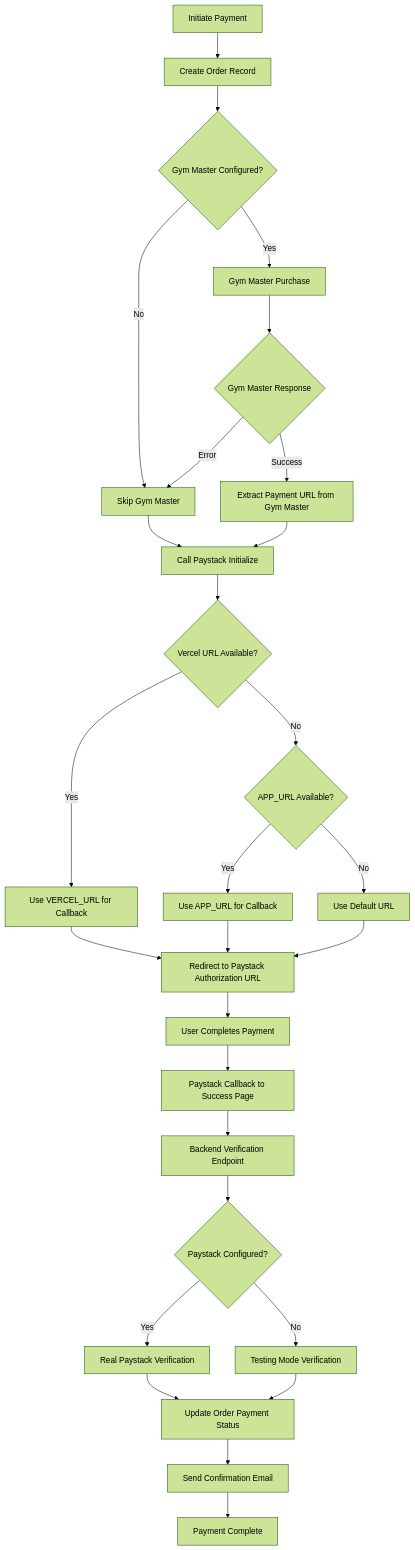
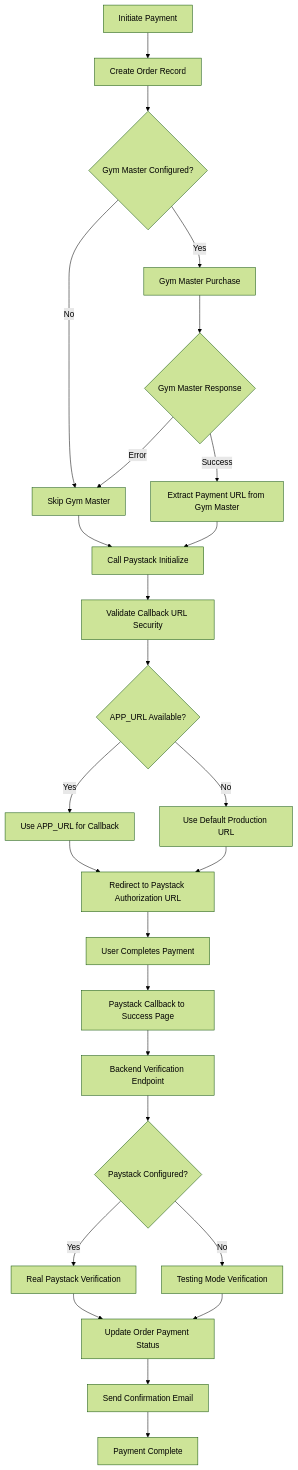
The sixth of 6 diagrams in .qoder/repowiki/en/content/External Integrations/Paystack Payment Processing.md (SirD33k/activezone), drawn with Mermaid (forest theme) before and after one commit. The commit also changed other lines of this file and 1 other file, not shown here.

````diff
--- a/.qoder/repowiki/en/content/External Integrations/Paystack Payment Processing.md
+++ b/.qoder/repowiki/en/content/External Integrations/Paystack Payment Processing.md
@@ -378,30 +434,28 @@
 ```mermaid
 flowchart TD
 Initiate["Initiate Payment"] --> CreateOrder["Create Order Record"]
 CreateOrder --> GymMasterCheck{"Gym Master Configured?"}
 GymMasterCheck --> |Yes| GymMasterPurchase["Gym Master Purchase"]
 GymMasterCheck --> |No| SkipGM["Skip Gym Master"]
 GymMasterPurchase --> GMResponse{"Gym Master Response"}
 GMResponse --> |Success| ExtractGMUrl["Extract Payment URL from Gym Master"]
 GMResponse --> |Error| SkipGM
 SkipGM --> PaystackInit["Call Paystack Initialize"]
 ExtractGMUrl --> PaystackInit
-PaystackInit --> VercelCheck{"Vercel URL Available?"}
-VercelCheck --> |Yes| UseVercel["Use VERCEL_URL for Callback"]
-VercelCheck --> |No| AppURLCheck{"APP_URL Available?"}
-AppURLCheck --> |Yes| UseAppURL["Use APP_URL for Callback"]
-AppURLCheck --> |No| UseDefault["Use Default URL"]
-UseVercel --> Redirect["Redirect to Paystack Authorization URL"]
-UseAppURL --> Redirect
+PaystackInit --> URLValidation["Validate Callback URL Security"]
+URLValidation --> ProductionURL{"APP_URL Available?"}
+ProductionURL --> |Yes| UseProduction["Use APP_URL for Callback"]
+ProductionURL --> |No| UseDefault["Use Default Production URL"]
+UseProduction --> Redirect["Redirect to Paystack Authorization URL"]
 UseDefault --> Redirect
 Redirect --> UserPays["User Completes Payment"]
 UserPays --> Callback["Paystack Callback to Success Page"]
 Callback --> Verify["Backend Verification Endpoint"]
 Verify --> PaystackCheck{"Paystack Configured?"}
 PaystackCheck --> |Yes| RealVerify["Real Paystack Verification"]
 PaystackCheck --> |No| TestVerify["Testing Mode Verification"]
 RealVerify --> UpdateOrder["Update Order Payment Status"]
 TestVerify --> UpdateOrder
 UpdateOrder --> Notify["Send Confirmation Email"]
 Notify --> Complete["Payment Complete"]
 ```
````
